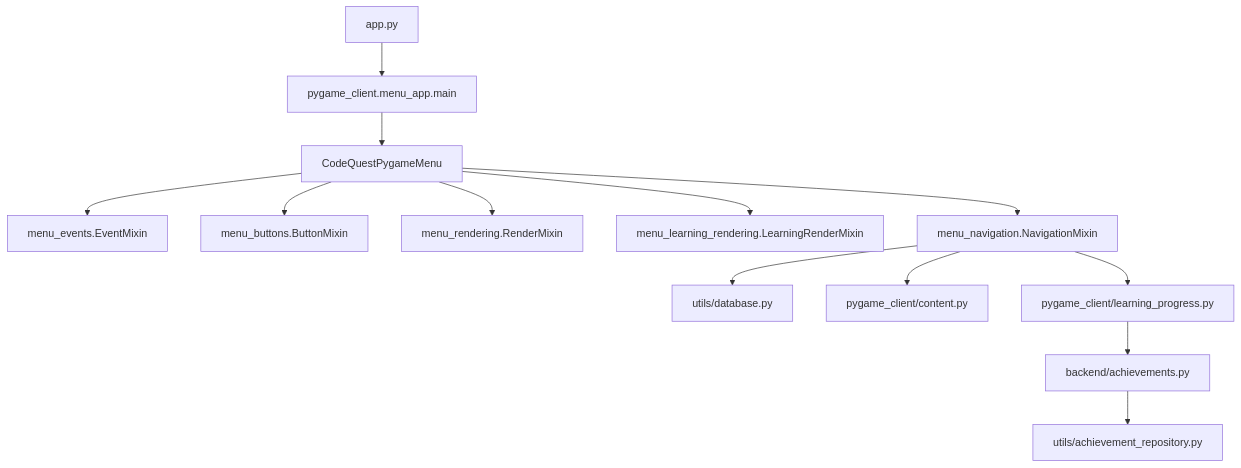
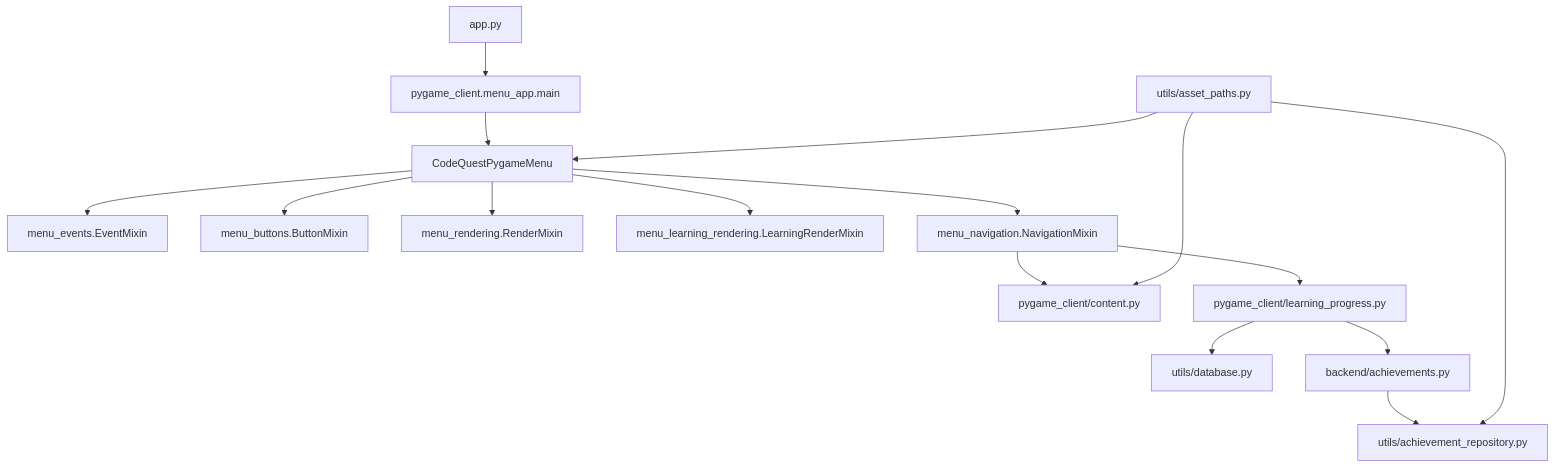
Before and after one commit to netojoseluizferreira-sys/CodeQuest: the diagram in docs/arquitetura.md, drawn with Mermaid. The commit also changed other lines of this file and 898 other files, not shown here.

````diff
--- a/docs/arquitetura.md
+++ b/docs/arquitetura.md
@@ -9,15 +9,18 @@
 ```mermaid
 flowchart TD
     A["app.py"] --> B["pygame_client.menu_app.main"]
     B --> C["CodeQuestPygameMenu"]
     C --> D["menu_events.EventMixin"]
     C --> E["menu_buttons.ButtonMixin"]
     C --> F["menu_rendering.RenderMixin"]
     C --> G["menu_learning_rendering.LearningRenderMixin"]
     C --> H["menu_navigation.NavigationMixin"]
-    H --> I["utils/database.py"]
-    H --> J["pygame_client/content.py"]
-    H --> K["pygame_client/learning_progress.py"]
-    K --> L["backend/achievements.py"]
+    H --> I["pygame_client/content.py"]
+    H --> J["pygame_client/learning_progress.py"]
+    J --> K["utils/database.py"]
+    J --> L["backend/achievements.py"]
     L --> M["utils/achievement_repository.py"]
+    N["utils/asset_paths.py"] --> I
+    N --> C
+    N --> M
 ```
````
